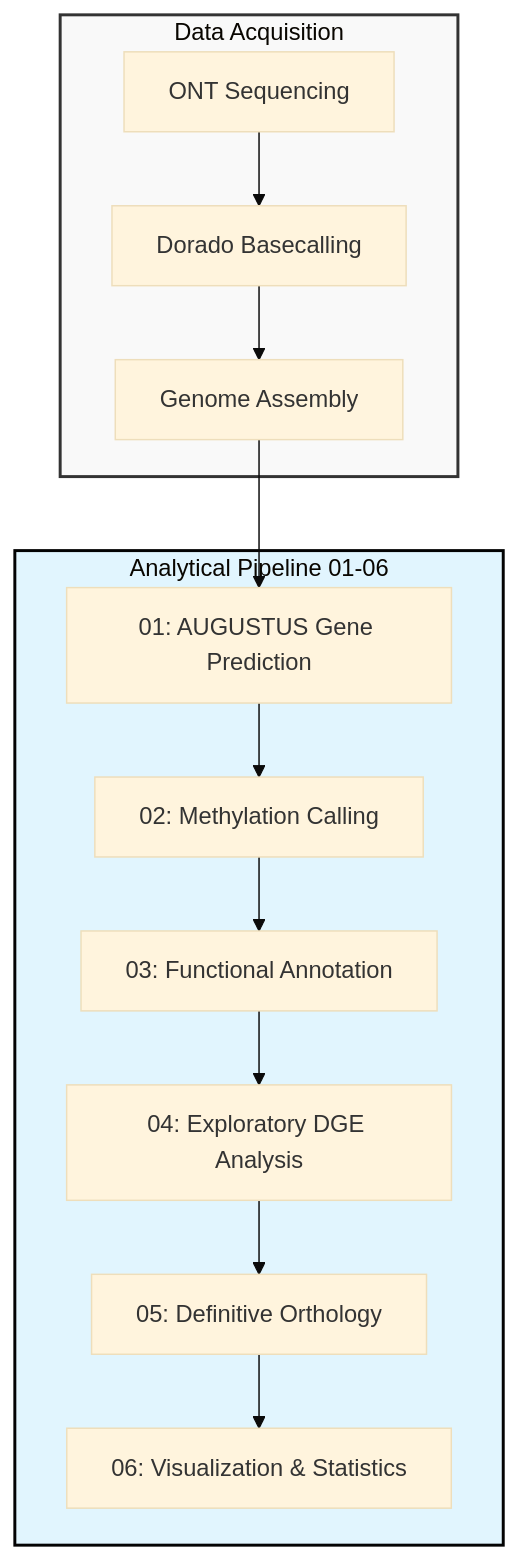
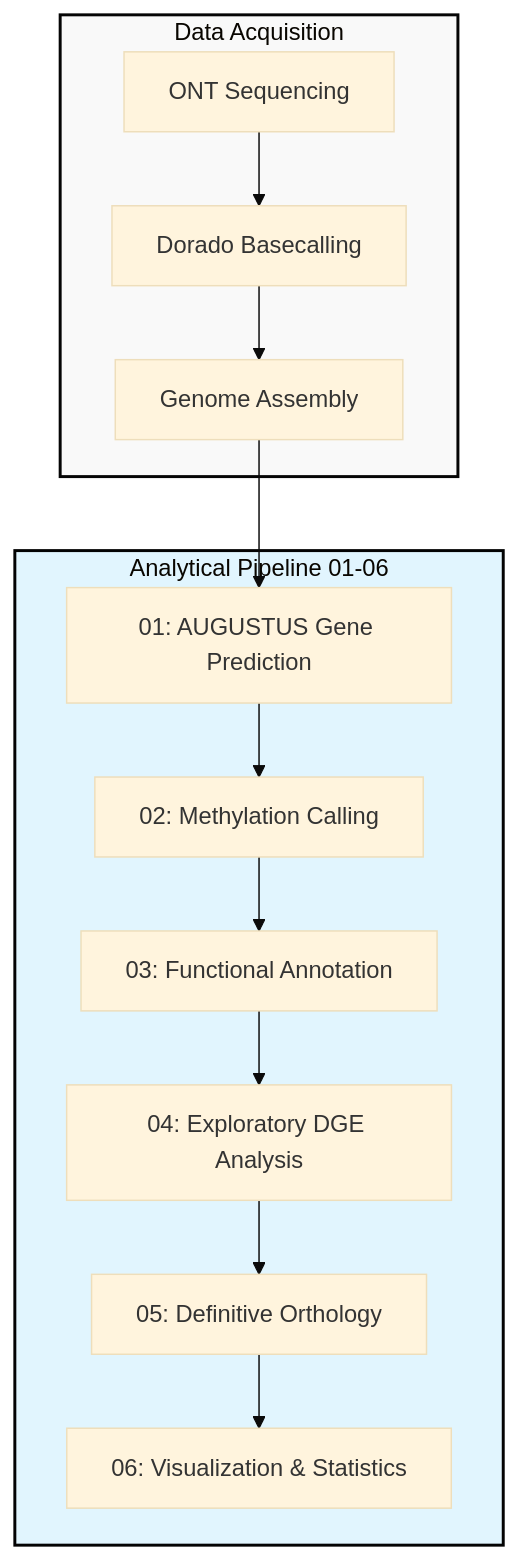
One commit to Koutsa866/Synalpheus-Methylation-Comparative-Analysis changed the diagram in README.md. Above: the diagram before and after it, drawn with Mermaid (base theme).

````diff
--- a/README.md
+++ b/README.md
@@ -107,23 +107,23 @@
 ```mermaid
 graph TD
     %% Upstream Data Acquisition
     subgraph Data_Acquisition [Data Acquisition]
         A[ONT Sequencing] --> B[Dorado Basecalling]
         B --> C[Genome Assembly]
     end
 
     %% The Analytical Pipeline (01-06)
     subgraph Analysis_Pipeline [Analytical Pipeline 01-06]
         C --> D[01: AUGUSTUS Gene Prediction]
         D --> E[02: Methylation Calling]
         E --> F[03: Functional Annotation]
         F --> G[04: Exploratory DGE Analysis]
         G --> H[05: Definitive Orthology]
         H --> I[06: Visualization & Statistics]
     end
 
     %% Style definitions
-    style Data_Acquisition fill:#f9f9f9,stroke:#333,stroke-width:2px
+    style Data_Acquisition fill:#f9f9f9,stroke:#050505,stroke-width:2px
     style Analysis_Pipeline fill:#e1f5fe,stroke:#030303,stroke-width:2px
 
 ```
````
